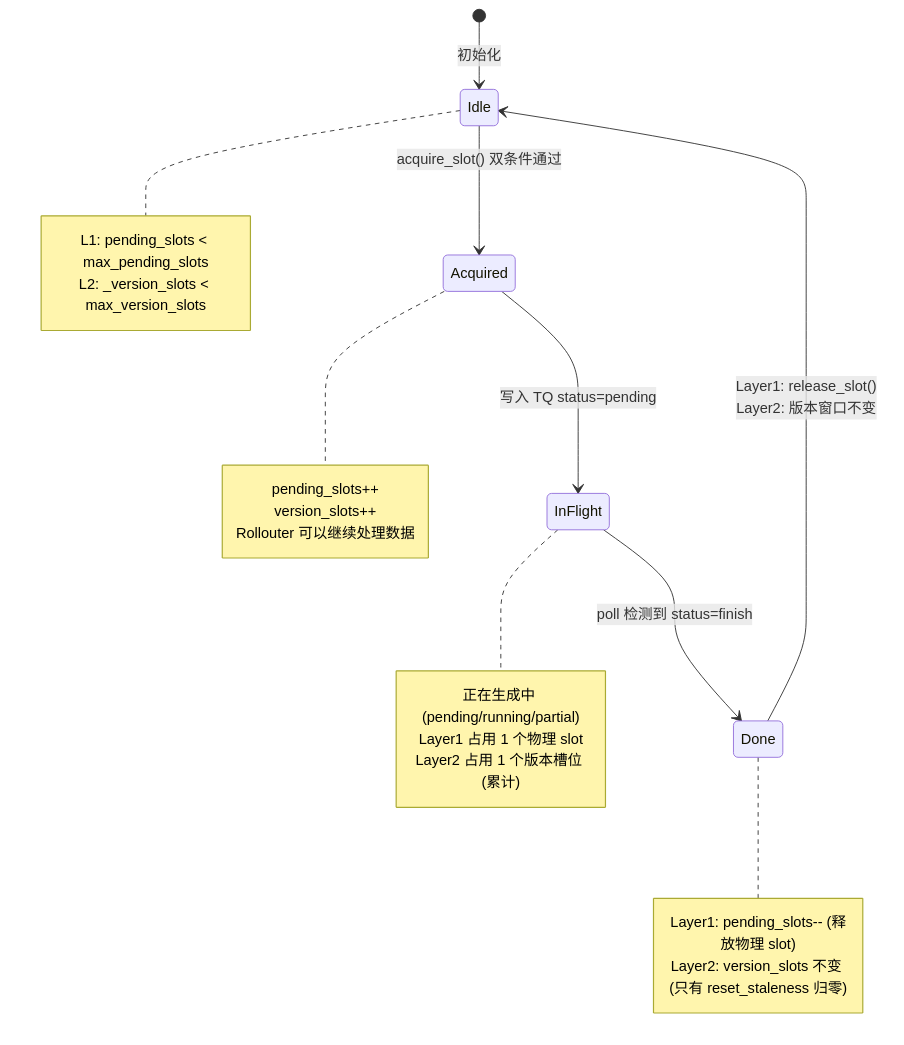
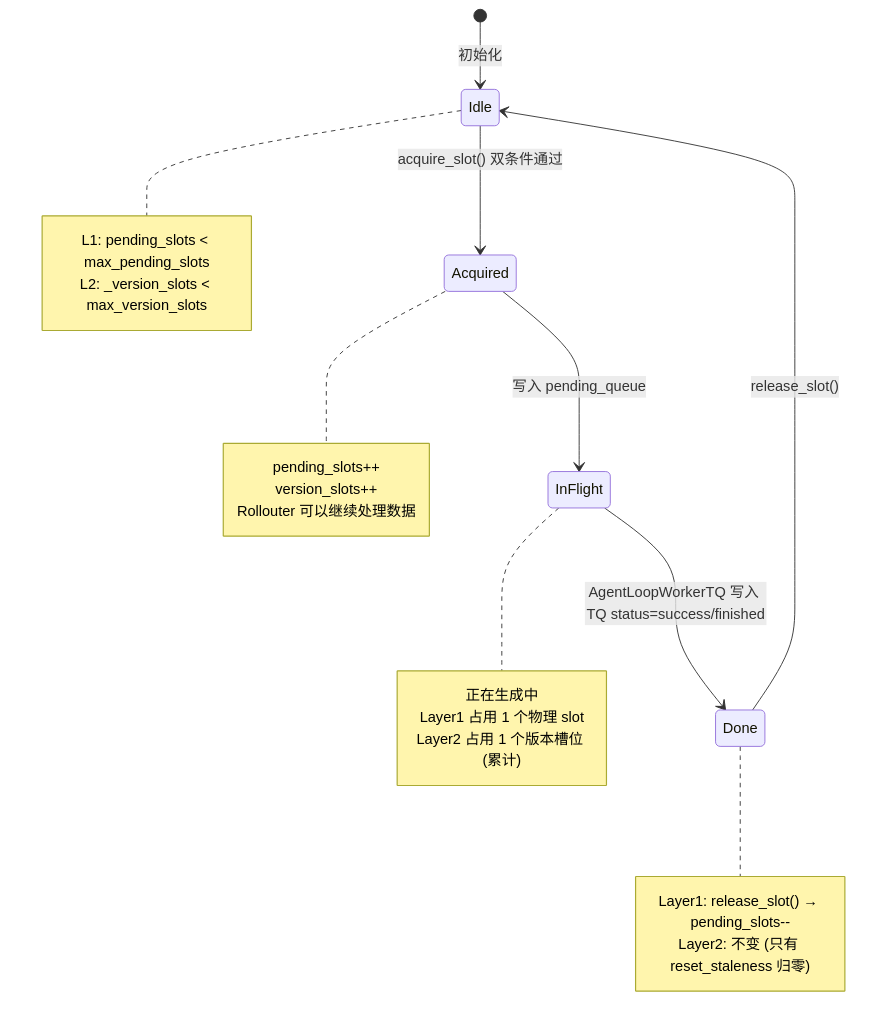
The third of 4 diagrams in verl/experimental/fully_async_policy/README_tq.md (meituan-search/verl), drawn with Mermaid before and after one commit. The commit also changed other lines of this file and 6 other files, not shown here.

````diff
--- a/verl/experimental/fully_async_policy/README_tq.md
+++ b/verl/experimental/fully_async_policy/README_tq.md
@@ -187,30 +166,26 @@
 ```mermaid
 stateDiagram-v2
     [*] --> Idle: 初始化
     Idle --> Acquired: acquire_slot() 双条件通过
-    Acquired --> InFlight: 写入 TQ status=pending
-    InFlight --> Done: poll 检测到 status=finish
-    Done --> Idle: Layer1: release_slot()<br/>Layer2: 版本窗口不变
-
+    Acquired --> InFlight: 写入 pending_queue
+    InFlight --> Done: AgentLoopWorkerTQ 写入 TQ status=success/finished
+    Done --> Idle: release_slot()
     note right of Idle
         L1: pending_slots < max_pending_slots
         L2: _version_slots < max_version_slots
     end note
-
     note right of Acquired
         pending_slots++
         version_slots++
         Rollouter 可以继续处理数据
     end note
-
     note right of InFlight
-        正在生成中 (pending/running/partial)
+        正在生成中
         Layer1 占用 1 个物理 slot
         Layer2 占用 1 个版本槽位 (累计)
     end note
-
     note right of Done
-        Layer1: pending_slots-- (释放物理 slot)
-        Layer2: version_slots 不变 (只有 reset_staleness 归零)
+        Layer1: release_slot() → pending_slots--
+        Layer2: 不变 (只有 reset_staleness 归零)
     end note
 ```
````
